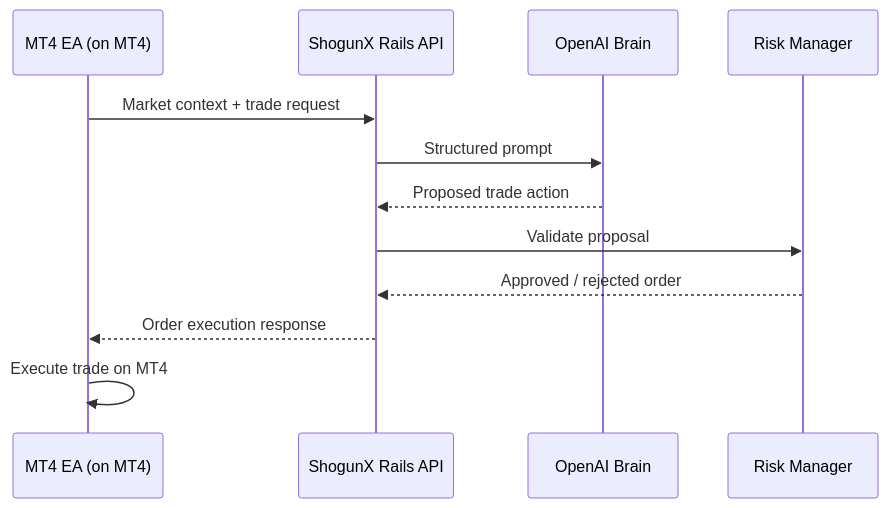
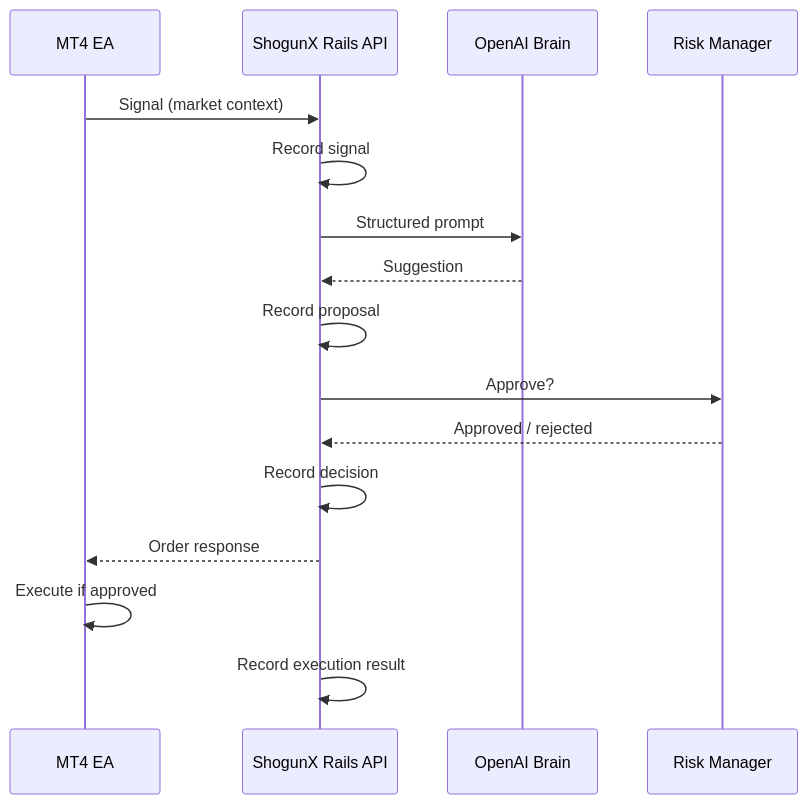
Before and after one commit to delacruzjames/shogunx-api: the diagram in README.md, drawn with Mermaid. The commit also changed other lines of this file and 13 other files, not shown here.

````diff
--- a/README.md
+++ b/README.md
@@ -86,15 +108,19 @@
 ```mermaid
 sequenceDiagram
-    participant EA as MT4 EA (on MT4)
+    participant EA as MT4 EA
     participant API as ShogunX Rails API
     participant AI as OpenAI Brain
     participant Risk as Risk Manager
 
-    EA->>API: Market context + trade request
+    EA->>API: Signal (market context)
+    API->>API: Record signal
     API->>AI: Structured prompt
-    AI-->>API: Proposed trade action
-    API->>Risk: Validate proposal
-    Risk-->>API: Approved / rejected order
-    API-->>EA: Order execution response
-    EA->>EA: Execute trade on MT4
+    AI-->>API: Suggestion
+    API->>API: Record proposal
+    API->>Risk: Approve?
+    Risk-->>API: Approved / rejected
+    API->>API: Record decision
+    API-->>EA: Order response
+    EA->>EA: Execute if approved
+    API->>API: Record execution result
 ```
````
